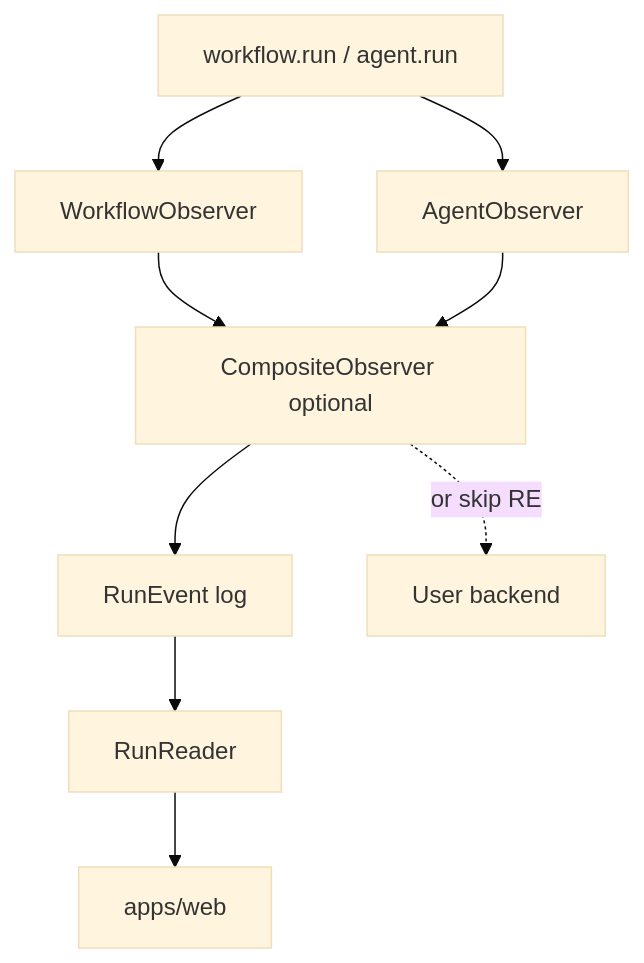
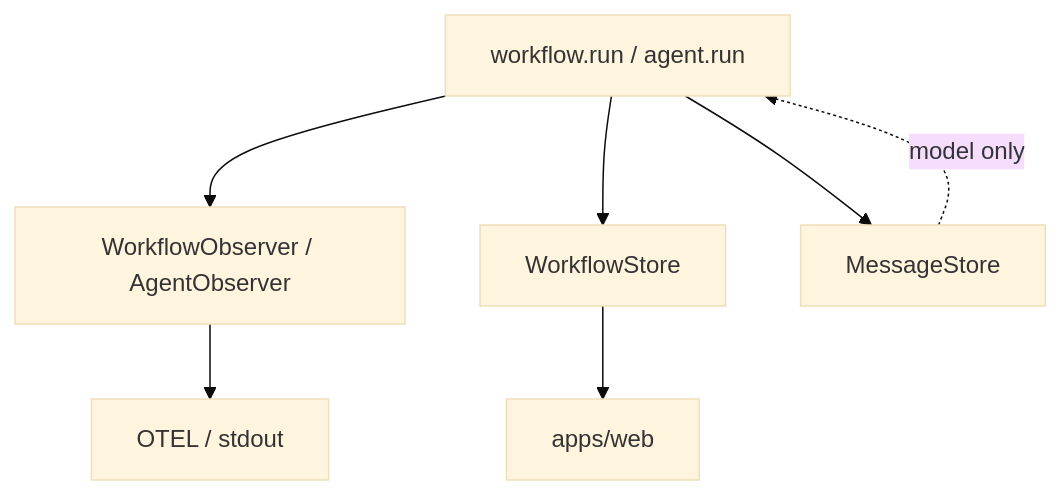
The diagram in notes/observability-api.md (jsimonrichard/agent-dev-lab), drawn with Mermaid (base theme) before and after one commit. The commit also changed other lines of this file and 3 other files, not shown here.

First line of the commit message:
docs(notes): split WorkflowObserver from WorkflowStore

````diff
--- a/notes/observability-api.md
+++ b/notes/observability-api.md
@@ -20,19 +37,16 @@
 ```mermaid
 flowchart TB
   RUN["workflow.run / agent.run"]
-  WO["WorkflowObserver"]
-  AO["AgentObserver"]
-  ADAPTER["CompositeObserver optional"]
-  RE["RunEvent log"]
-  RR["RunReader"]
+  OBS["WorkflowObserver / AgentObserver"]
+  STORE["WorkflowStore"]
+  MEM["MessageStore"]
   UI["apps/web"]
+  OTEL["OTEL / stdout"]
 
-  RUN --> WO
-  RUN --> AO
-  WO --> ADAPTER
-  AO --> ADAPTER
-  ADAPTER --> RE
-  RE --> RR
-  RR --> UI
-  ADAPTER -.->|"or skip RE"| CUSTOM["User backend"]
+  RUN --> OBS
+  RUN --> STORE
+  RUN --> MEM
+  OBS --> OTEL
+  STORE --> UI
+  MEM -.->|"model only"| RUN
 ```
````
